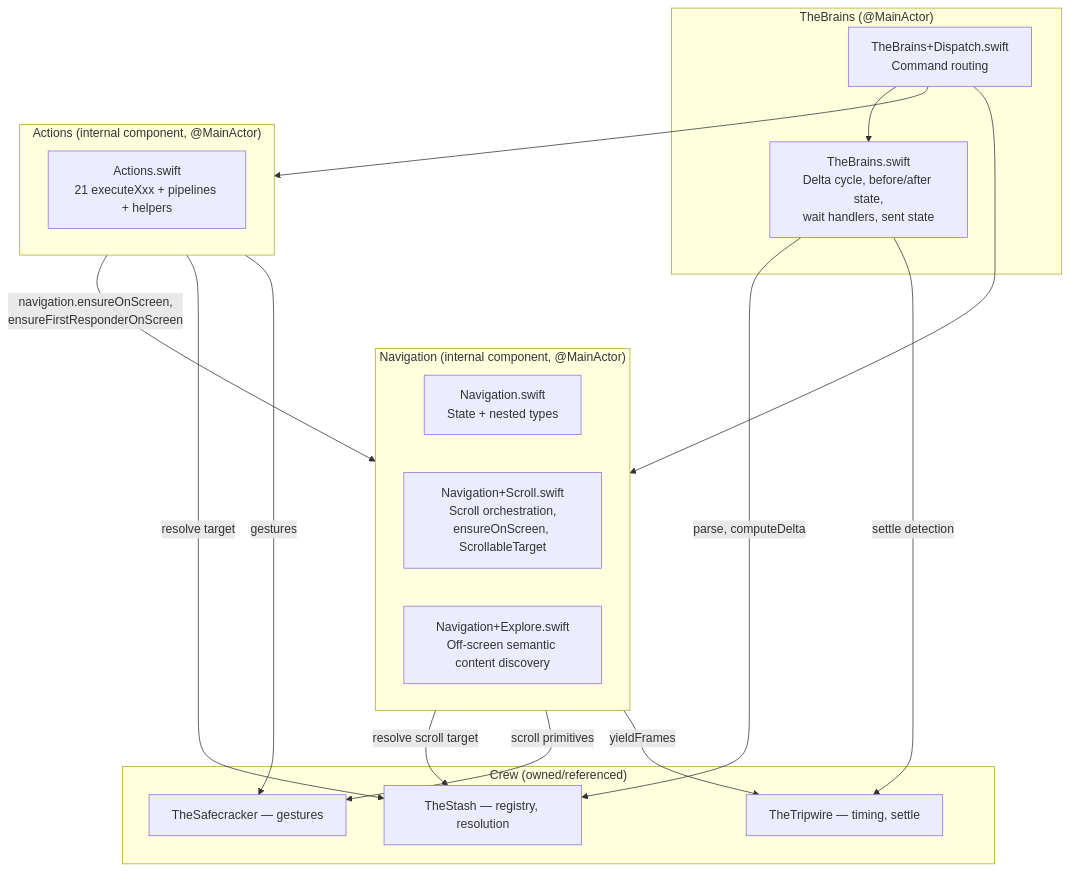
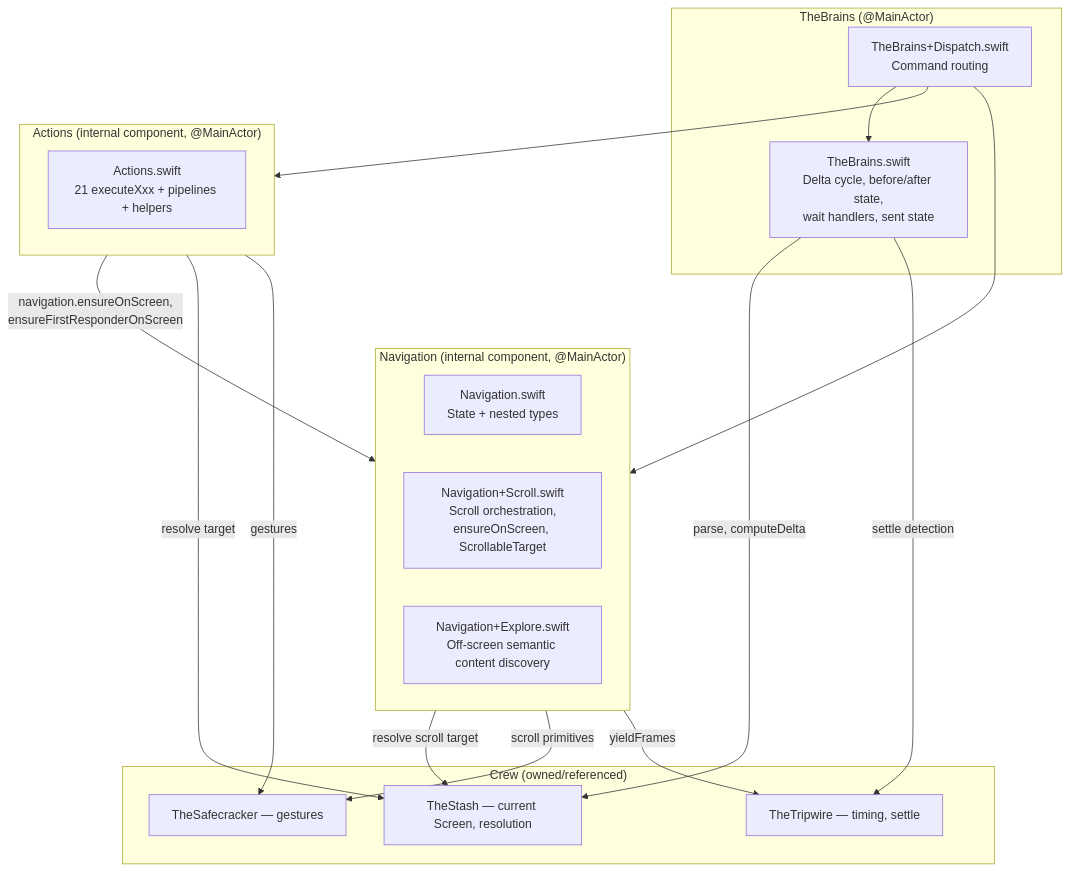
One commit to RoyalPineapple/TheButtonHeist changed the first of 3 diagrams in docs/dossiers/13-THEBRAINS.md. Above: the diagram before and after it, drawn with Mermaid. The commit also changed 36 other files, not shown here.

````diff
--- a/docs/dossiers/13-THEBRAINS.md
+++ b/docs/dossiers/13-THEBRAINS.md
@@ -35,35 +35,35 @@
 ```mermaid
 graph TD
     subgraph TheBrains["TheBrains (@MainActor)"]
         Dispatch["TheBrains+Dispatch.swift<br/>Command routing"]
         Core["TheBrains.swift<br/>Delta cycle, before/after state,<br/>wait handlers, sent state"]
     end
 
     subgraph Navigation["Navigation (internal component, @MainActor)"]
         NavCore["Navigation.swift<br/>State + nested types"]
         NavScroll["Navigation+Scroll.swift<br/>Scroll orchestration,<br/>ensureOnScreen, ScrollableTarget"]
         NavExplore["Navigation+Explore.swift<br/>Off-screen semantic content discovery"]
     end
 
     subgraph Actions["Actions (internal component, @MainActor)"]
         ActCore["Actions.swift<br/>21 executeXxx + pipelines + helpers"]
     end
 
     subgraph Crew["Crew (owned/referenced)"]
-        Stash["TheStash — registry, resolution"]
+        Stash["TheStash — current Screen, resolution"]
         Safecracker["TheSafecracker — gestures"]
         Tripwire["TheTripwire — timing, settle"]
     end
 
     Dispatch --> Actions
     Dispatch --> Navigation
     Dispatch --> Core
     Actions -->|"navigation.ensureOnScreen,<br/>ensureFirstResponderOnScreen"| Navigation
     Actions -->|"resolve target"| Stash
     Actions -->|"gestures"| Safecracker
     Navigation -->|"resolve scroll target"| Stash
     Navigation -->|"scroll primitives"| Safecracker
     Navigation -->|"yieldFrames"| Tripwire
     Core -->|"parse, computeDelta"| Stash
     Core -->|"settle detection"| Tripwire
 ```
````
